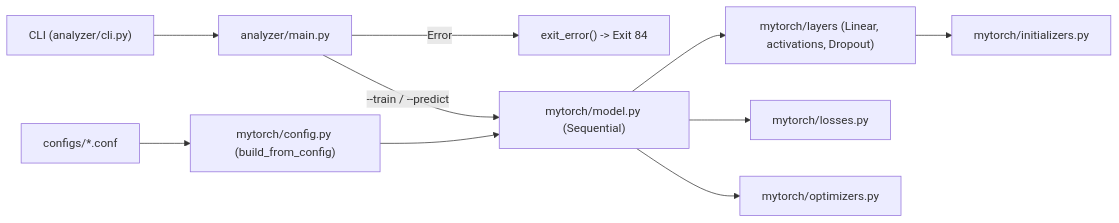
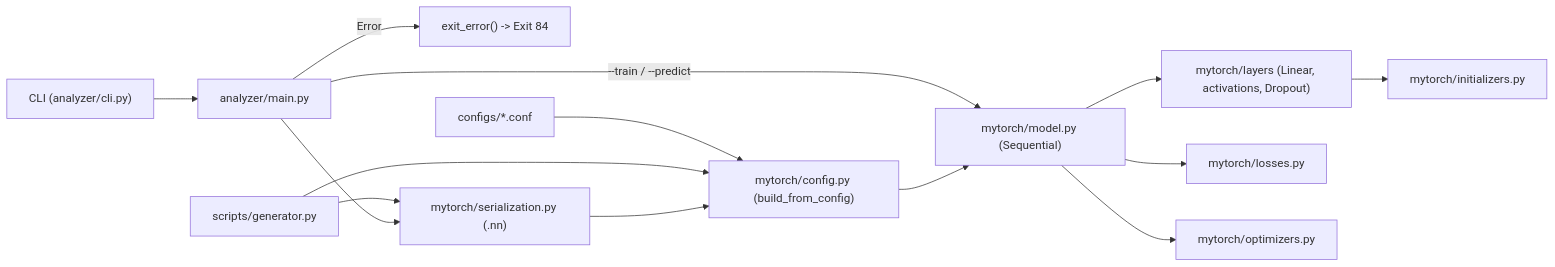
The diagram in ARCHITECTURE.md (LeJih8-24/OurTorch), drawn with Mermaid before and after one commit. The commit also changed other lines of this file and 1 other file, not shown here.

First line of the commit message:
docs(serialization): documented the .nn format and my_torch_generator

````diff
--- a/ARCHITECTURE.md
+++ b/ARCHITECTURE.md
@@ -312,12 +356,16 @@
 ```mermaid
 flowchart LR
     CLI["CLI (analyzer/cli.py)"] --> Main["analyzer/main.py"]
     Main -->|Error| Utils["exit_error() -> Exit 84"]
     Main -->|--train / --predict| Engine["mytorch/model.py (Sequential)"]
     Engine --> Layers["mytorch/layers (Linear, activations, Dropout)"]
     Engine --> Loss["mytorch/losses.py"]
     Engine --> Optim["mytorch/optimizers.py"]
     Conf["configs/*.conf"] --> Config["mytorch/config.py (build_from_config)"]
     Config --> Engine
+    Gen["scripts/generator.py"] --> Config
+    Gen --> Ser["mytorch/serialization.py (.nn)"]
+    Main --> Ser
+    Ser --> Config
     Layers --> Init["mytorch/initializers.py"]
 ```
````
